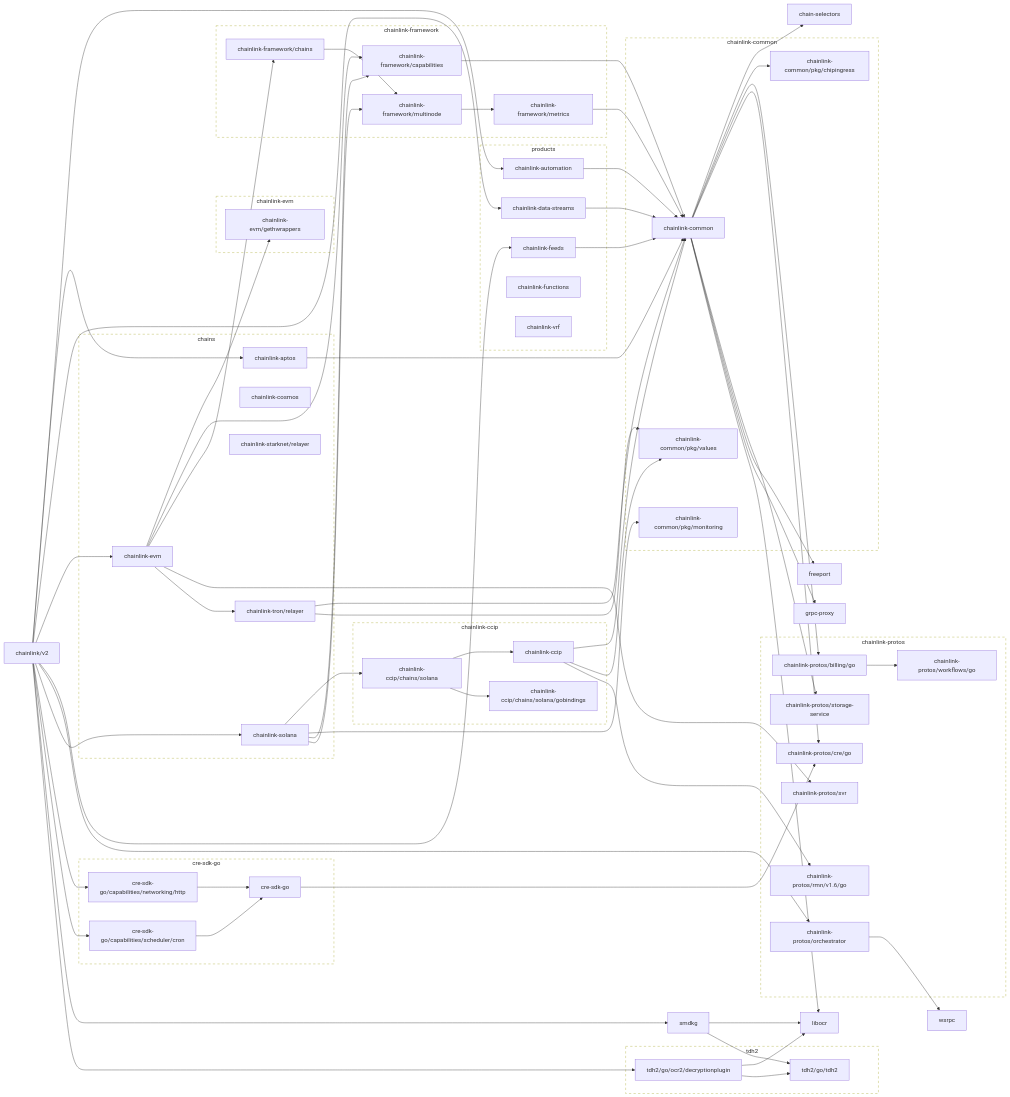
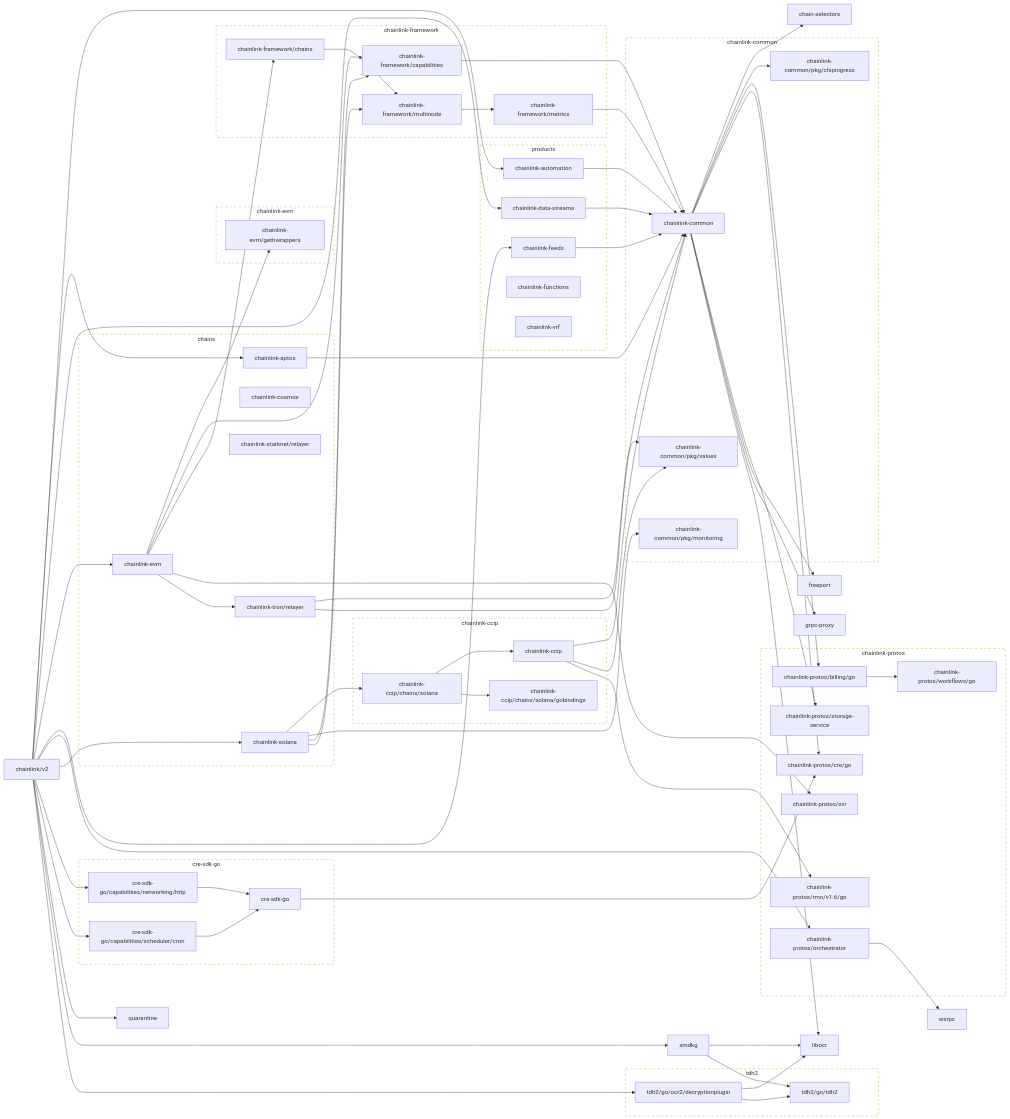
Before and after one commit to smartcontractkit/chainlink: the first of 2 diagrams in go.md, drawn with Mermaid. The commit also changed other lines of this file and 5 other files, not shown here.

```diff
--- a/go.md
+++ b/go.md
@@ -103,6 +103,7 @@
 	chainlink/v2 --> chainlink-solana
 	chainlink/v2 --> cre-sdk-go/capabilities/networking/http
 	chainlink/v2 --> cre-sdk-go/capabilities/scheduler/cron
+	chainlink/v2 --> quarantine
 	chainlink/v2 --> smdkg
 	chainlink/v2 --> tdh2/go/ocr2/decryptionplugin
 	click chainlink/v2 href "https://github.com/smartcontractkit/chainlink"
@@ -118,6 +119,8 @@
 	click grpc-proxy href "https://github.com/smartcontractkit/grpc-proxy"
 	libocr
 	click libocr href "https://github.com/smartcontractkit/libocr"
+	quarantine
+	click quarantine href "https://github.com/smartcontractkit/quarantine"
 	smdkg --> libocr
 	smdkg --> tdh2/go/tdh2
 	click smdkg href "https://github.com/smartcontractkit/smdkg"
```
